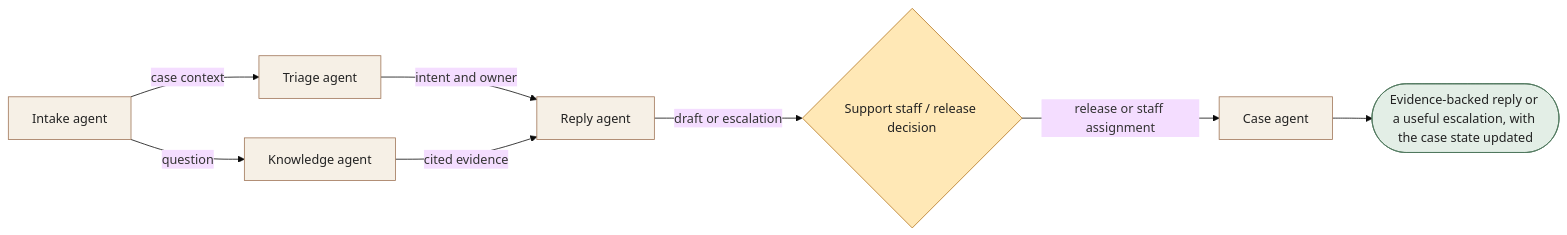
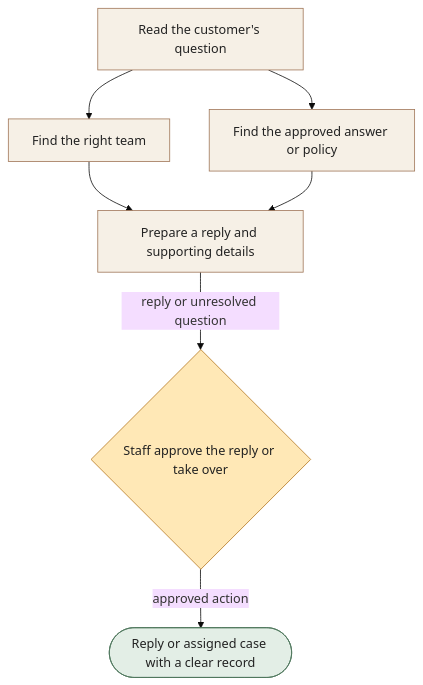
One commit to dextee/claude-code-agent-team-guide changed the diagram in docs/workflows/customer-support.md. Above: the diagram before and after it, drawn with Mermaid (base theme). The commit also changed other lines of this file and 28 other files, not shown here.

````diff
--- a/docs/workflows/customer-support.md
+++ b/docs/workflows/customer-support.md
@@ -21,23 +27,21 @@
 ```mermaid
-flowchart LR
-A["Intake agent"]
-B["Triage agent"]
-C["Knowledge agent"]
-D["Reply agent"]
-E["Case agent"]
-H{"Support staff / release decision"}
-O(["Evidence-backed reply or a useful escalation, with the case state updated"])
-A -->|case context| B
-A -->|question| C
-B -->|intent and owner| D
-C -->|cited evidence| D
-D -->|draft or escalation| H
-H -->|release or staff assignment| E
-E --> O
-classDef agent fill:#f6f0e6,stroke:#9f7557,color:#222222
+flowchart TD
+A["Read the customer's question"]
+B["Find the right team"]
+C["Find the approved answer or policy"]
+D["Prepare a reply and supporting details"]
+H{"Staff approve the reply or take over"}
+O(["Reply or assigned case with a clear record"])
+A --> B
+A --> C
+B --> D
+C --> D
+D -->|reply or unresolved question| H
+H -->|approved action| O
+classDef assistant fill:#f6f0e6,stroke:#9f7557,color:#222222
 classDef human fill:#ffe8b6,stroke:#b57821,color:#222222
 classDef outcome fill:#e3eee6,stroke:#4e775c,color:#222222
-class A,B,C,D,E agent
+class A,B,C,D assistant
 class H human
 class O outcome
 ```
````
